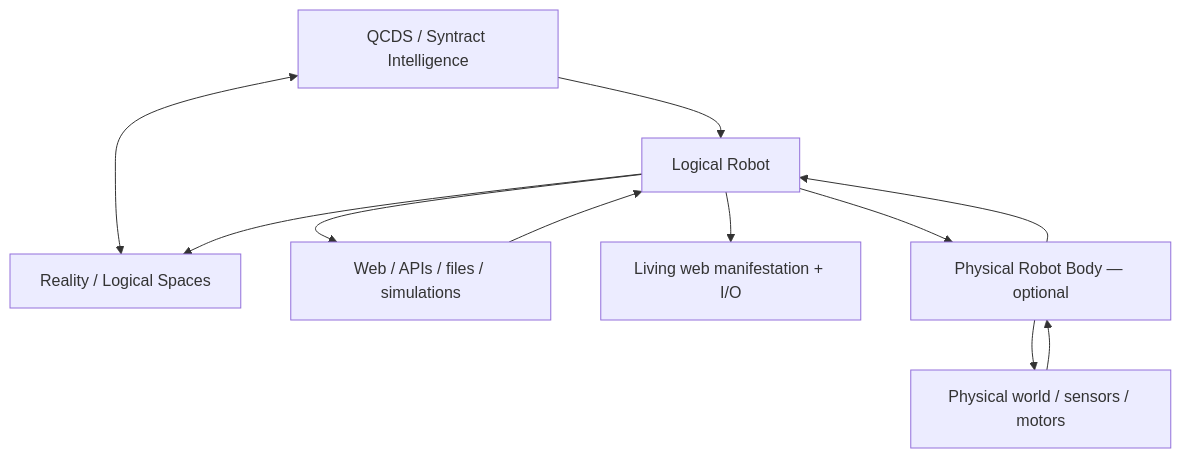
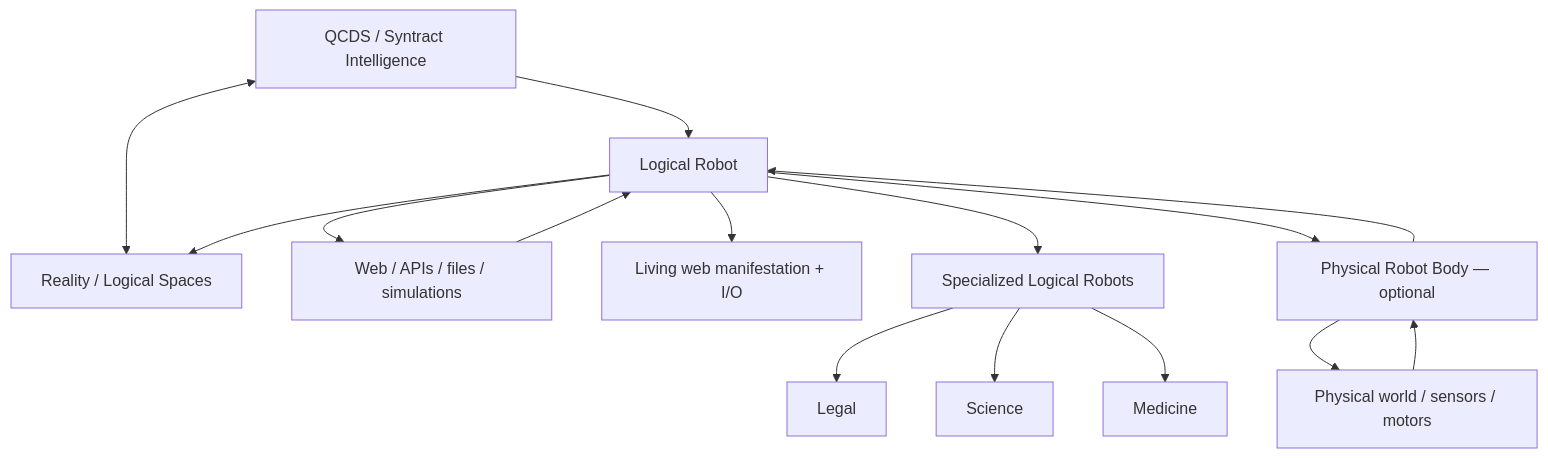
The first of 3 diagrams in README.md (iampathat/thesyntractvision), drawn with Mermaid before and after one commit. The commit also changed other lines of this file, not shown here.

Commit message:
Refocus README on architecture and domain robots

````diff
--- a/README.md
+++ b/README.md
@@ -198,14 +198,18 @@
 ```mermaid
 flowchart TD
     Q[QCDS / Syntract Intelligence]
     Q <--> L[Reality / Logical Spaces]
     Q --> LR[Logical Robot]
     LR --> WEB[Web / APIs / files / simulations]
     LR --> UI[Living web manifestation + I/O]
+    LR --> SR[Specialized Logical Robots]
     LR --> PR[Physical Robot Body — optional]
+    SR --> LEGAL[Legal]
+    SR --> SCIENCE[Science]
+    SR --> MED[Medicine]
     PR --> WORLD[Physical world / sensors / motors]
     WEB --> LR
     WORLD --> PR
     PR --> LR
     LR --> L
 ```
````
